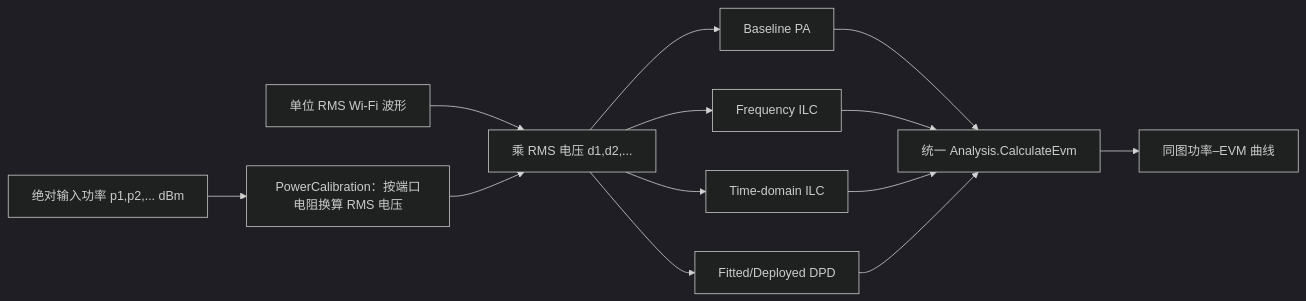
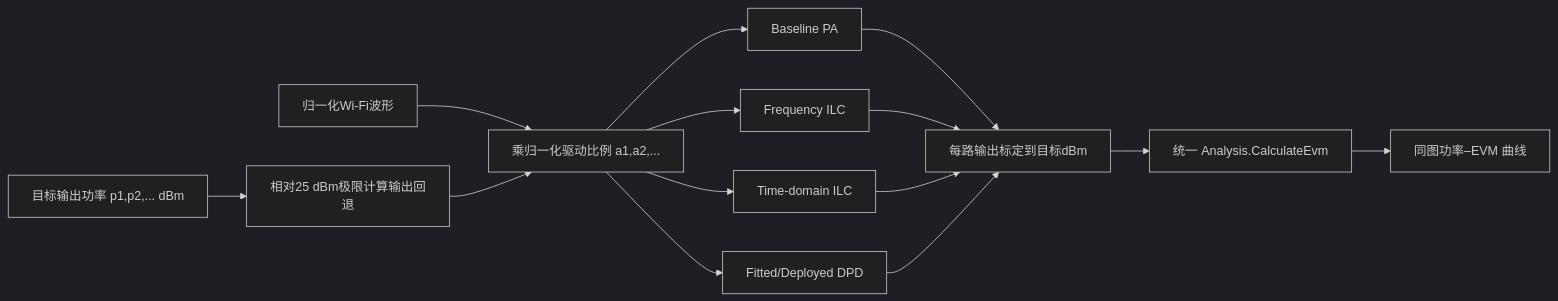
Before and after one commit to niyilu45/DPD_ILC: the eighth of 9 diagrams in doc/Analysis.md, drawn with Mermaid (dark theme). The commit also changed other lines of this file and 14 other files, not shown here.

````diff
--- a/doc/Analysis.md
+++ b/doc/Analysis.md
@@ -1246,15 +1278,16 @@
 ```mermaid
 flowchart LR
-    P["绝对输入功率 p1,p2,... dBm"] --> K["PowerCalibration：按端口电阻换算 RMS 电压"]
-    A["单位 RMS Wi-Fi 波形"] --> B["乘 RMS 电压 d1,d2,..."]
+    P["目标输出功率 p1,p2,... dBm"] --> K["相对25 dBm极限计算输出回退"]
+    A["归一化Wi-Fi波形"] --> B["乘归一化驱动比例 a1,a2,..."]
     K --> B
     B --> C1["Baseline PA"]
     B --> C2["Frequency ILC"]
     B --> C3["Time-domain ILC"]
     B --> C4["Fitted/Deployed DPD"]
-    C1 --> D["统一 Analysis.CalculateEvm"]
-    C2 --> D
-    C3 --> D
-    C4 --> D
+    C1 --> G["每路输出标定到目标dBm"]
+    C2 --> G
+    C3 --> G
+    C4 --> G
+    G --> D["统一 Analysis.CalculateEvm"]
     D --> E["同图功率–EVM 曲线"]
 ```
````
